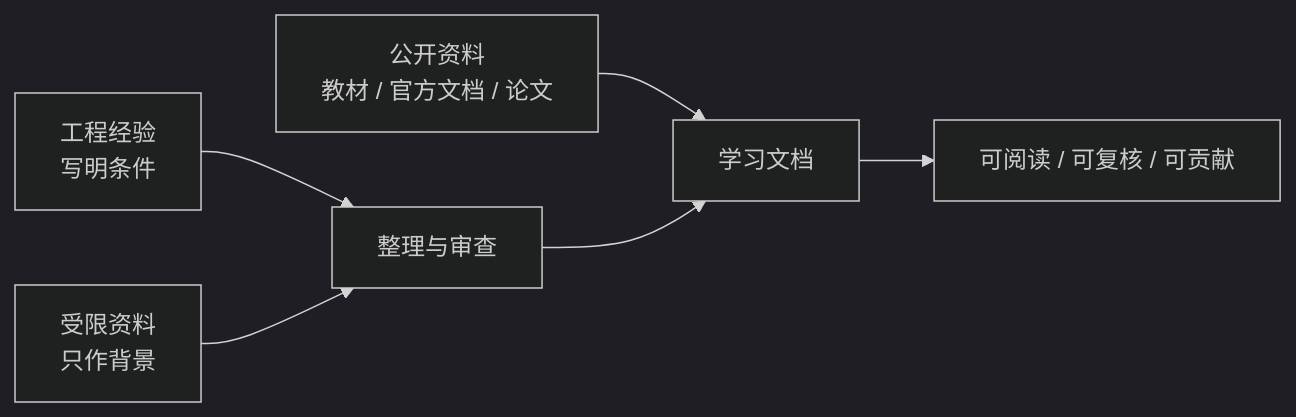
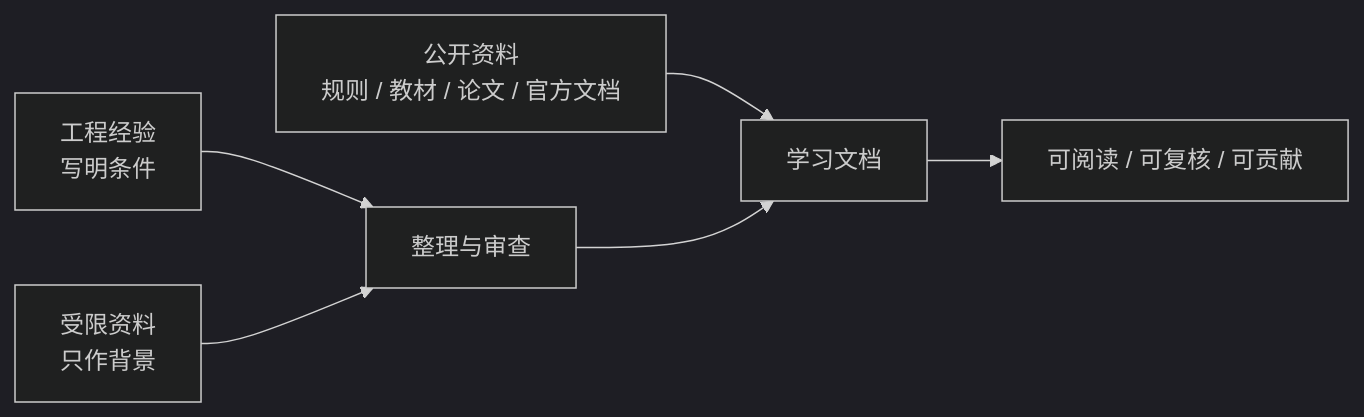
Before and after one commit to onebulletkick/suspension_opensource: the diagram in docs/references.md, drawn with Mermaid (dark theme). The commit also changed other lines of this file, not shown here.

````diff
--- a/docs/references.md
+++ b/docs/references.md
@@ -18,8 +18,8 @@
 ```mermaid
 flowchart LR
-  A["公开资料<br>教材 / 官方文档 / 论文"] --> D["学习文档"]
+  A["公开资料<br>规则 / 教材 / 论文 / 官方文档"] --> D["学习文档"]
   B["工程经验<br>写明条件"] --> C["整理与审查"]
   E["受限资料<br>只作背景"] --> C
   C --> D
   D --> F["可阅读 / 可复核 / 可贡献"]
 ```
````
